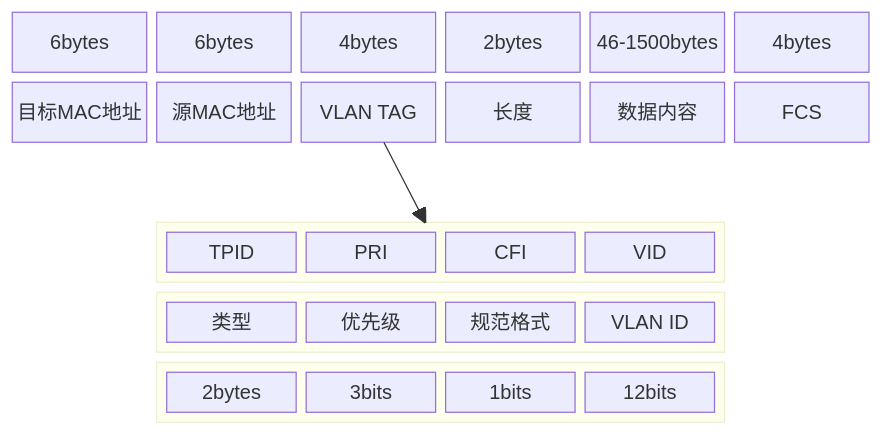
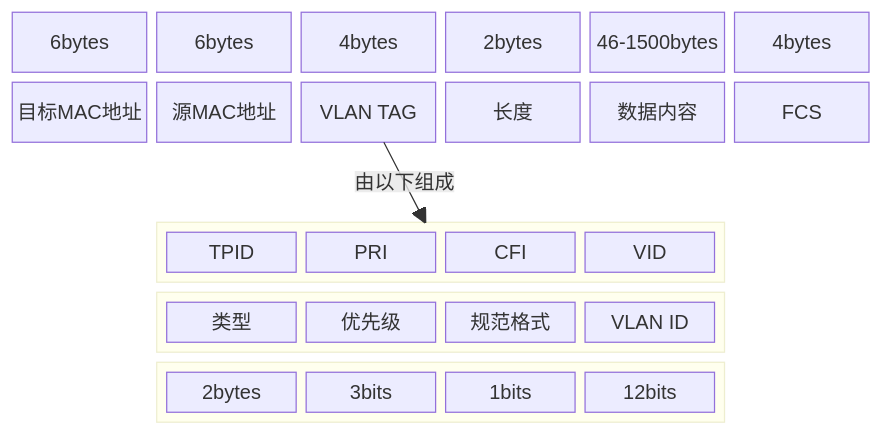
One commit to kyriejoshua/network-protocol-notes changed the tenth of 12 diagrams in lib/底层网络知识之从二层到三层/Network Topology.md. Above: the diagram before and after it, drawn with Mermaid. The commit also changed other lines of this file and 1 other file, not shown here.

Commit message:
:page_facing_up: 更新框图

````diff
--- a/lib/底层网络知识之从二层到三层/Network Topology.md
+++ b/lib/底层网络知识之从二层到三层/Network Topology.md
@@ -294,23 +294,23 @@
 ```mermaid
 block-beta
   columns 6
   aa["6bytes"]:1 bb["6bytes"]:1 cc["4bytes"]:1 cd["2bytes"]:1 dd["46-1500bytes"] ee["4bytes"]
   a1["目标MAC地址"]:1 b1["源MAC地址"]:1 f1["VLAN TAG"]:1 c1["长度"]:1 d1["数据内容"] e1["FCS"]
   space:6
   space:1
   block:vlan:4
     va["TPID"]:1 vb["PRI"]:1 vc["CFI"]:1 vv["VID"]:1
   end
   space:1
   space:1
   block:vlantype:4
     j1["类型"] k1["优先级"] l1["规范格式"] m1["VLAN ID"]
   end
   space:1
   space:1
   block:vlandata:4
     j["2bytes"] k["3bits"] l["1bits"] m["12bits"]
   end
   
-  f1 --> vlan
+  f1 --"由以下组成"--> vlan
 ```
````
